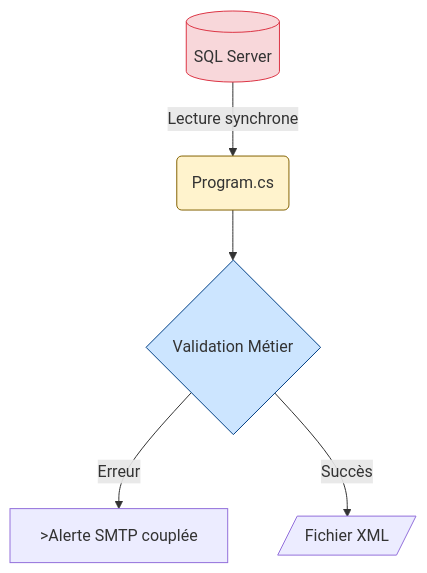
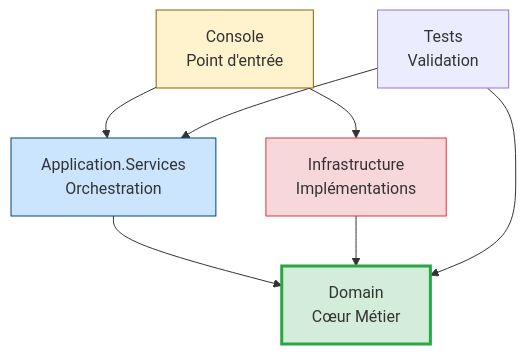
The diagram in 03_Workbooks_Stagiaires/J1_S2_Workbook_10h40_Architecture.md (mounirelouali/net-mod-legacy-formation), drawn with Mermaid before and after one commit. The commit also changed other lines of this file, not shown here.

Commit message:
fix(CRITICAL): Réécriture complète J1_S2_Workbook avec contenu Architecture (était Analyse)

````diff
--- a/03_Workbooks_Stagiaires/J1_S2_Workbook_10h40_Architecture.md
+++ b/03_Workbooks_Stagiaires/J1_S2_Workbook_10h40_Architecture.md
@@ -65,11 +17,14 @@
 ```mermaid
 graph TD
-    InputDB[(SQL Server)] -->|Lecture synchrone| ProcessStart(Program.cs)
-    ProcessStart --> Validation{Validation Métier}
-    Validation -->|Erreur| OutputEmail[>Alerte SMTP couplée]
-    Validation -->|Succès| OutputXML[/Fichier XML/]
+    Console[Console<br/>Point d'entrée] --> AppServices[Application.Services<br/>Orchestration]
+    Console --> Infra[Infrastructure<br/>Implémentations]
+    AppServices --> Domain[Domain<br/>Cœur Métier]
+    Infra --> Domain
+    Tests[Tests<br/>Validation] --> Domain
+    Tests --> AppServices
     
-    style InputDB fill:#f8d7da,stroke:#dc3545
-    style ProcessStart fill:#fff3cd,stroke:#856404
-    style Validation fill:#cce5ff,stroke:#004085
+    style Domain fill:#d4edda,stroke:#28a745,stroke-width:3px
+    style Console fill:#fff3cd,stroke:#856404
+    style Infra fill:#f8d7da,stroke:#dc3545
+    style AppServices fill:#cce5ff,stroke:#004085
 ```
````
